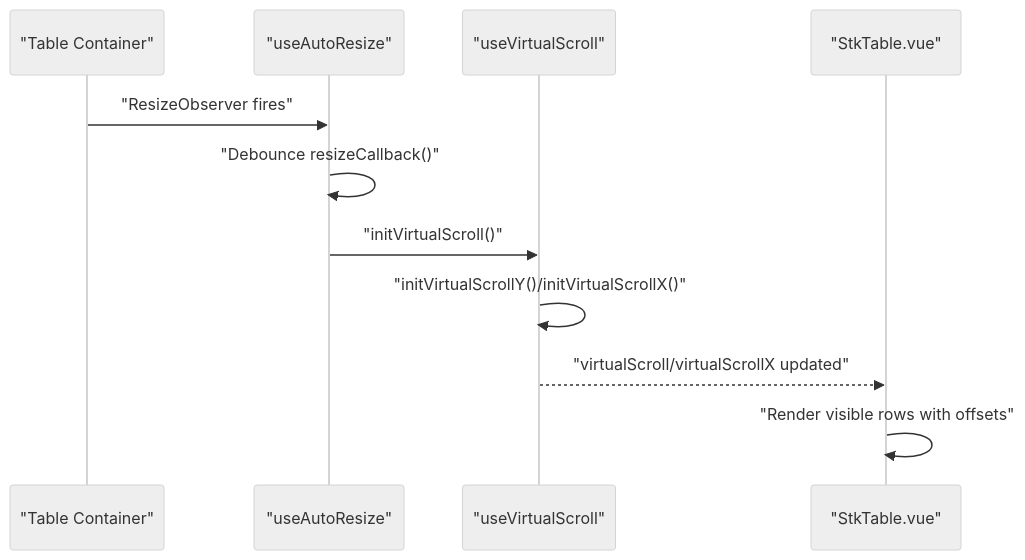
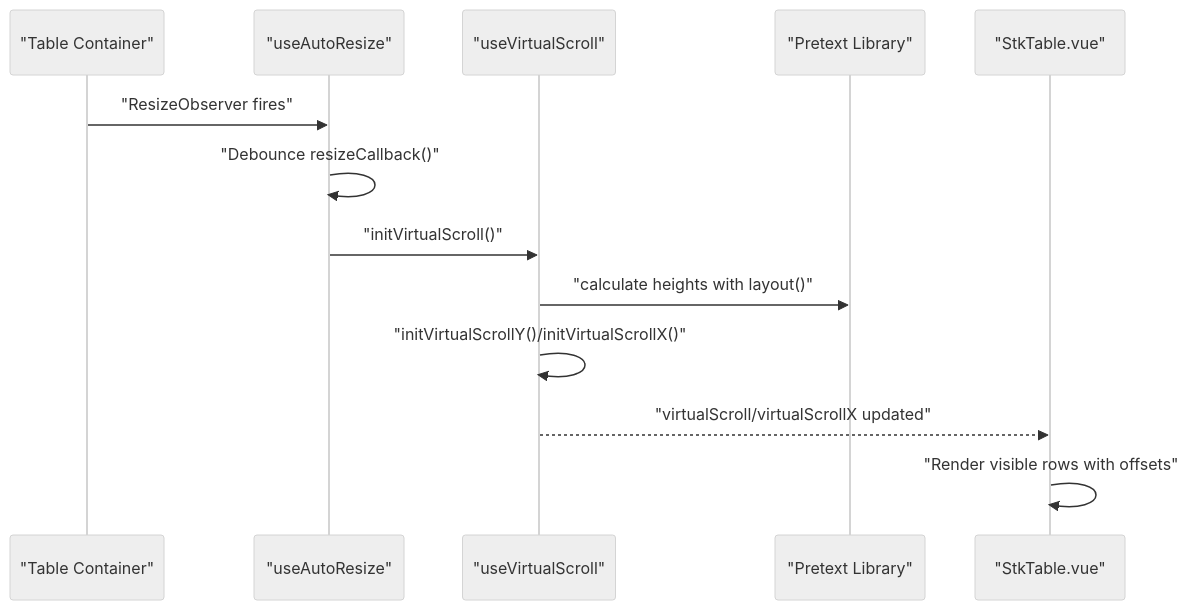
The second of 7 diagrams in .qoder/repowiki/en/content/Advanced Features/Virtual Scrolling/Auto-Height Virtual Scrolling.md (ja-plus/stk-table-vue), drawn with Mermaid (neutral theme) before and after one commit. The commit also changed other lines of this file and 4 other files, not shown here.

````diff
--- a/.qoder/repowiki/en/content/Advanced Features/Virtual Scrolling/Auto-Height Virtual Scrolling.md
+++ b/.qoder/repowiki/en/content/Advanced Features/Virtual Scrolling/Auto-Height Virtual Scrolling.md
@@ -87,13 +109,15 @@
 ```mermaid
 sequenceDiagram
 participant Container as "Table Container"
 participant Resize as "useAutoResize"
 participant Virtual as "useVirtualScroll"
+participant Pretext as "Pretext Library"
 participant Table as "StkTable.vue"
 Container->>Resize : "ResizeObserver fires"
 Resize->>Resize : "Debounce resizeCallback()"
 Resize->>Virtual : "initVirtualScroll()"
+Virtual->>Pretext : "calculate heights with layout()"
 Virtual->>Virtual : "initVirtualScrollY()/initVirtualScrollX()"
 Virtual-->>Table : "virtualScroll/virtualScrollX updated"
 Table->>Table : "Render visible rows with offsets"
 ```
````
